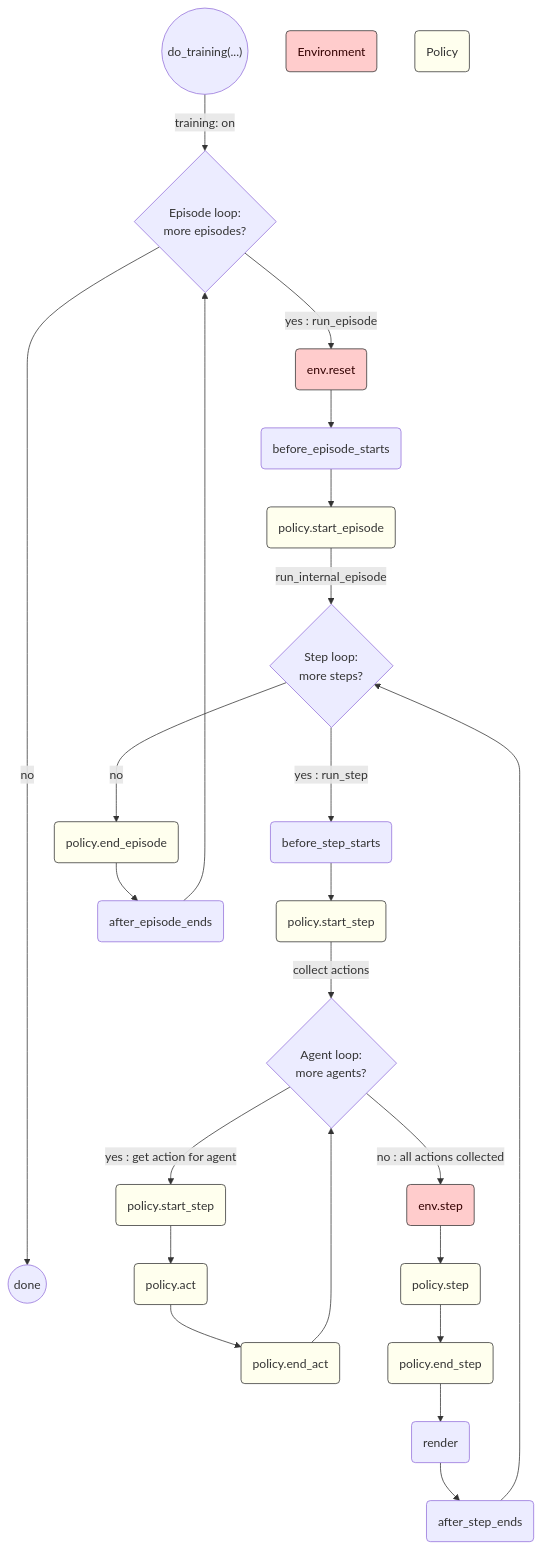
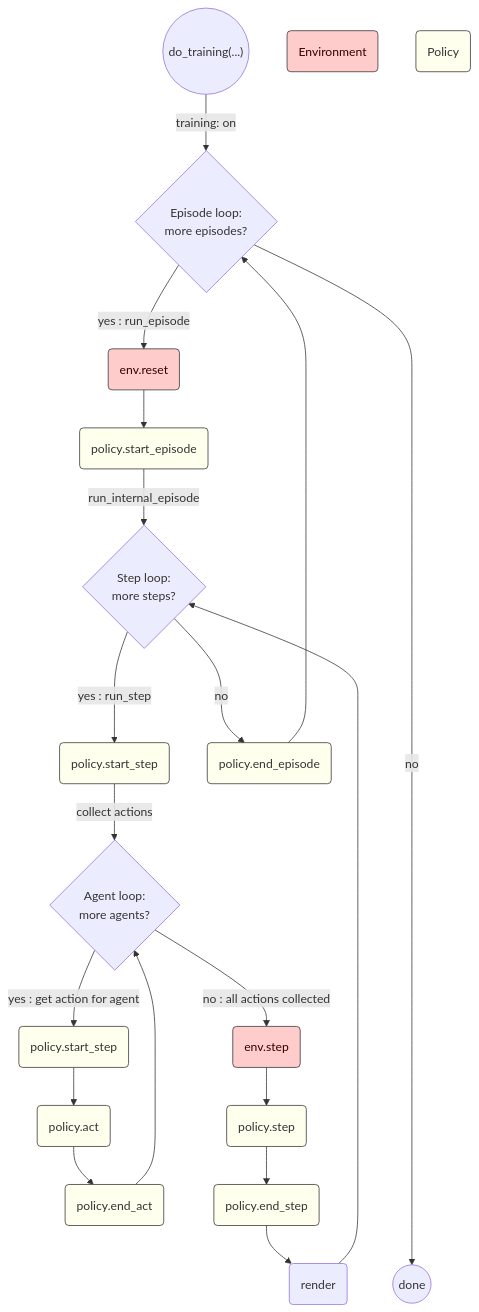
Before and after one commit to aiAdrian/flatland_solver_policy: the third of 3 diagrams in README.md, drawn with Mermaid.

````diff
--- a/README.md
+++ b/README.md
@@ -108,43 +108,39 @@
 ```mermaid
 flowchart TD
     Solver(("do_training(...)"))
     Solver --> |training: on| C{Episode loop:\n more episodes?}
     C -------------> |no| End(( done ))
     C --> |yes : run_episode| D0(env.reset)
-    D0 -->  D1(before_episode_starts)
-    D1 --> D2(policy.start_episode)
+    D0 --> D2(policy.start_episode)
     D2 --> |run_internal_episode| E{Step loop:\n more steps?}
     F1 --> |collect actions| G{Agent loop:\n more agents?}
-    E ---> |yes : run_step| E1(before_step_starts)
-    E1 --> F1(policy.start_step)
+    E ---> |yes : run_step| F1(policy.start_step)
     G -->  |yes : get action for agent| G1(policy.start_step)
     G1 --> G2(policy.act)
     G2 --> G3(policy.end_act)
     G3 --> G
     G --> |no : all actions collected|F2(env.step)
     F2 --> F3(policy.step)
     F3 --> F4(policy.end_step)
     F6 --> E 
-    D5 --> C
+    D4 --> C
     E ---> |no| D4(policy.end_episode)
-    D4 --> D5(after_episode_ends) 
-    F4 --> F5(render)
-    F5 --> F6(after_step_ends)
+    F4 --> F6(render)
     
     Env(Environment)
     Policy(Policy)
     
     style D2 fill:#ffe,stroke:#333,stroke-width:1px 
     style F1 fill:#ffe,stroke:#333,stroke-width:1px 
     style D4 fill:#ffe,stroke:#333,stroke-width:1px 
     style G1 fill:#ffe,stroke:#333,stroke-width:1px 
     style G2 fill:#ffe,stroke:#333,stroke-width:1px 
     style G3 fill:#ffe,stroke:#333,stroke-width:1px 
     style F3 fill:#ffe,stroke:#333,stroke-width:1px 
     style F4 fill:#ffe,stroke:#333,stroke-width:1px 
 
     style Policy fill:#ffe,stroke:#333,stroke-width:1px 
     style D0 fill:#fcc,stroke:#333,stroke-width:1px,color:#300
     style F2 fill:#fcc,stroke:#333,stroke-width:1px,color:#300
     style Env fill:#fcc,stroke:#333,stroke-width:1px,color:#300
 ```
````
